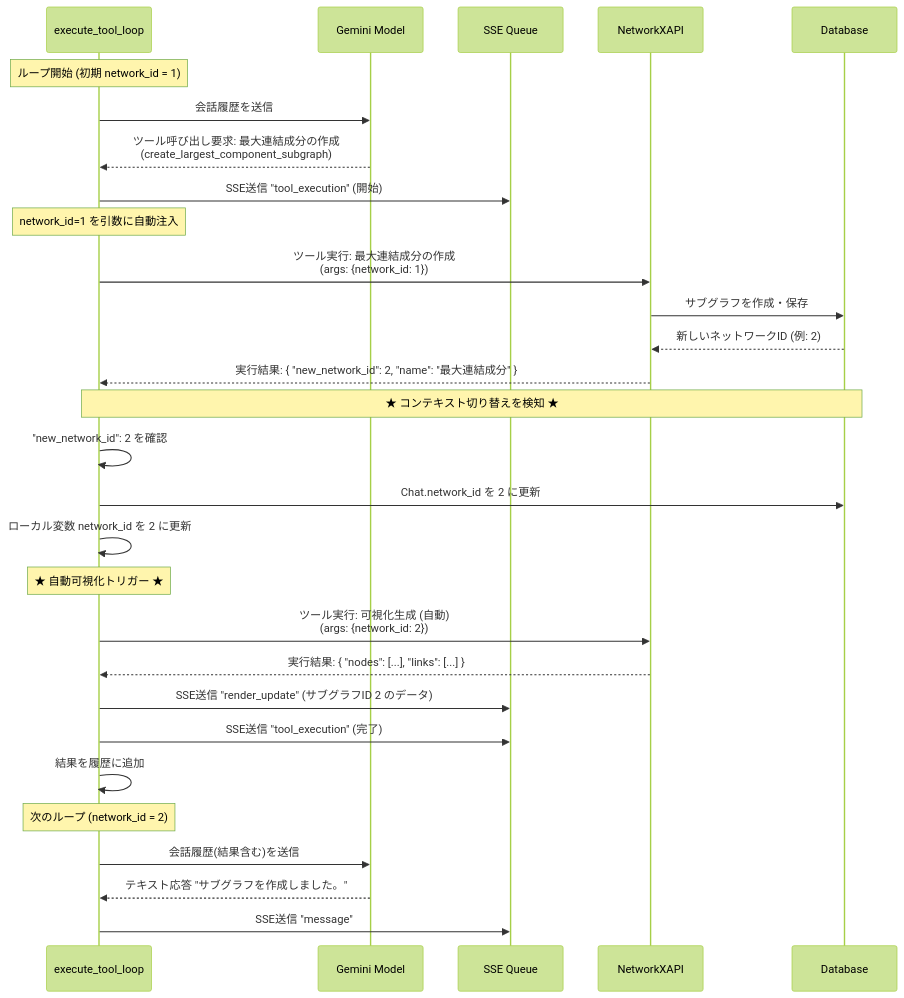
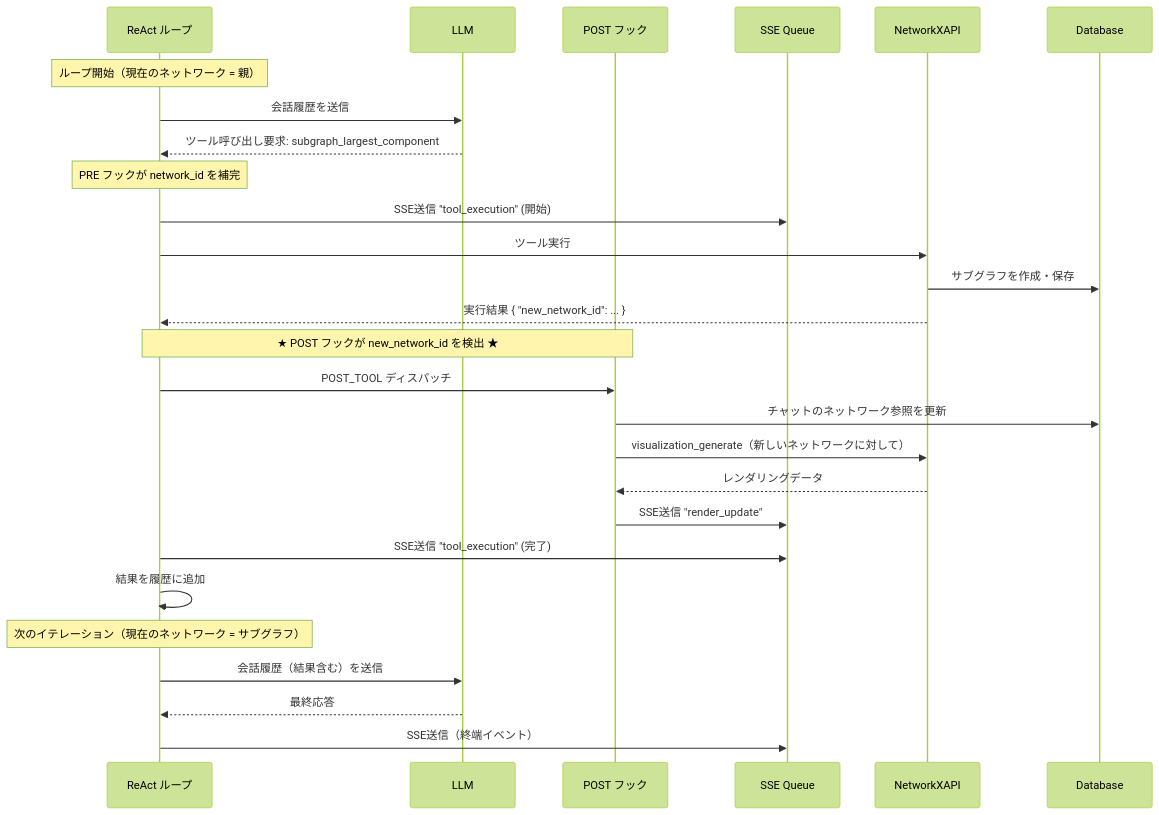
Before and after one commit to vdslab/LLMGraphvis: diagram 13 of 13 in specification/2_Technical_Details/6_Core_Workflows.md, drawn with Mermaid (forest theme). The commit also changed other lines of this file and 12 other files, not shown here.

````diff
--- a/specification/2_Technical_Details/6_Core_Workflows.md
+++ b/specification/2_Technical_Details/6_Core_Workflows.md
@@ -519,41 +530,36 @@
 ```mermaid
 sequenceDiagram
-    participant Engine as execute_tool_loop
-    participant LLM as Gemini Model
+    participant Engine as ReAct ループ
+    participant LLM as LLM
+    participant Hook as POST フック
     participant Queue as SSE Queue
     participant MCP as NetworkXAPI
     participant DB as Database
-    
-    Note over Engine: ループ開始 (初期 network_id = 1)
+
+    Note over Engine: ループ開始（現在のネットワーク = 親）
 
     Engine->>LLM: 会話履歴を送信
-    LLM-->>Engine: ツール呼び出し要求: 最大連結成分の作成<br/>(create_largest_component_subgraph)
+    LLM-->>Engine: ツール呼び出し要求: subgraph_largest_component
 
+    Note over Engine: PRE フックが network_id を補完
     Engine->>Queue: SSE送信 "tool_execution" (開始)
-    
-    Note over Engine: network_id=1 を引数に自動注入
-    Engine->>MCP: ツール実行: 最大連結成分の作成<br/>(args: {network_id: 1})
+    Engine->>MCP: ツール実行
     MCP->>DB: サブグラフを作成・保存
-    DB-->>MCP: 新しいネットワークID (例: 2)
-    MCP-->>Engine: 実行結果: { "new_network_id": 2, "name": "最大連結成分" }
+    MCP-->>Engine: 実行結果 { "new_network_id": ... }
 
-    Note over Engine, DB: ★ コンテキスト切り替えを検知 ★
-    Engine->>Engine: "new_network_id": 2 を確認
-    Engine->>DB: Chat.network_id を 2 に更新
-    Engine->>Engine: ローカル変数 network_id を 2 に更新
-    
-    Note over Engine: ★ 自動可視化トリガー ★
-    Engine->>MCP: ツール実行: 可視化生成 (自動)<br/>(args: {network_id: 2})
-    MCP-->>Engine: 実行結果: { "nodes": [...], "links": [...] }
-    Engine->>Queue: SSE送信 "render_update" (サブグラフID 2 のデータ)
+    Note over Engine, Hook: ★ POST フックが new_network_id を検出 ★
+    Engine->>Hook: POST_TOOL ディスパッチ
+    Hook->>DB: チャットのネットワーク参照を更新
+    Hook->>MCP: visualization_generate（新しいネットワークに対して）
+    MCP-->>Hook: レンダリングデータ
+    Hook->>Queue: SSE送信 "render_update"
 
     Engine->>Queue: SSE送信 "tool_execution" (完了)
     Engine->>Engine: 結果を履歴に追加
 
-    Note over Engine: 次のループ (network_id = 2)
+    Note over Engine: 次のイテレーション（現在のネットワーク = サブグラフ）
 
-    Engine->>LLM: 会話履歴(結果含む)を送信
-    LLM-->>Engine: テキスト応答 "サブグラフを作成しました。"
-    
-    Engine->>Queue: SSE送信 "message"
+    Engine->>LLM: 会話履歴（結果含む）を送信
+    LLM-->>Engine: 最終応答
+    Engine->>Queue: SSE送信（終端イベント）
 ```
````
